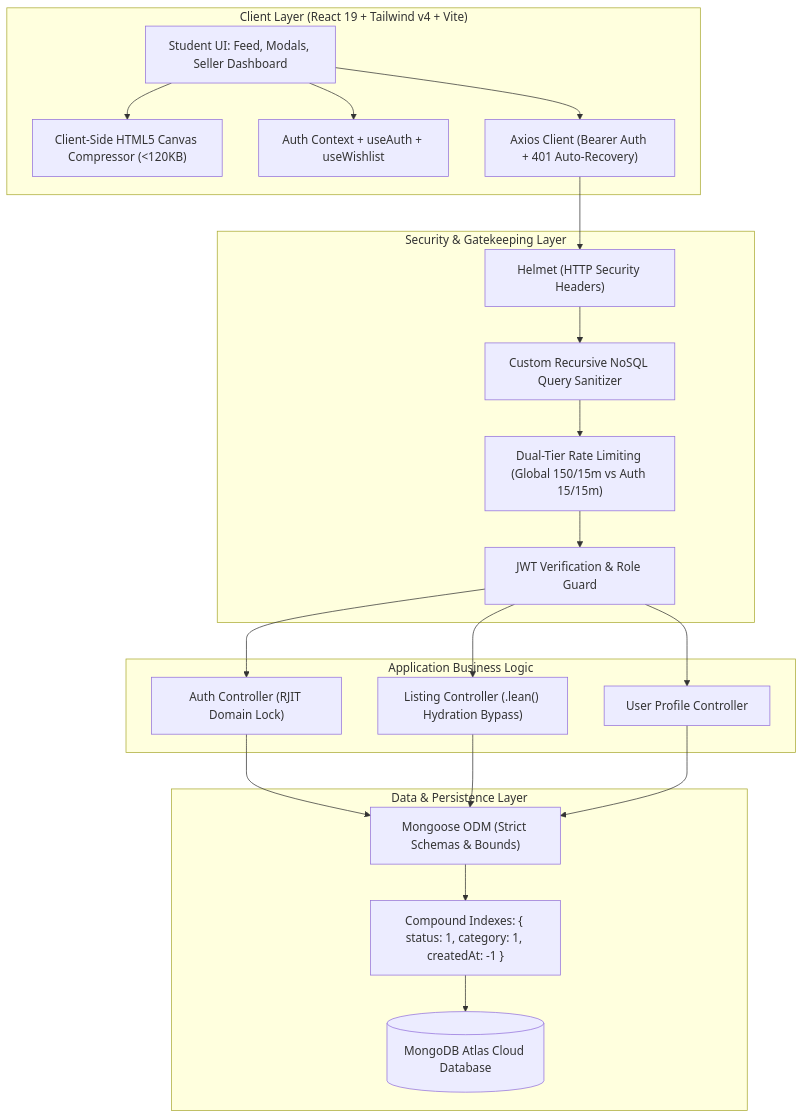
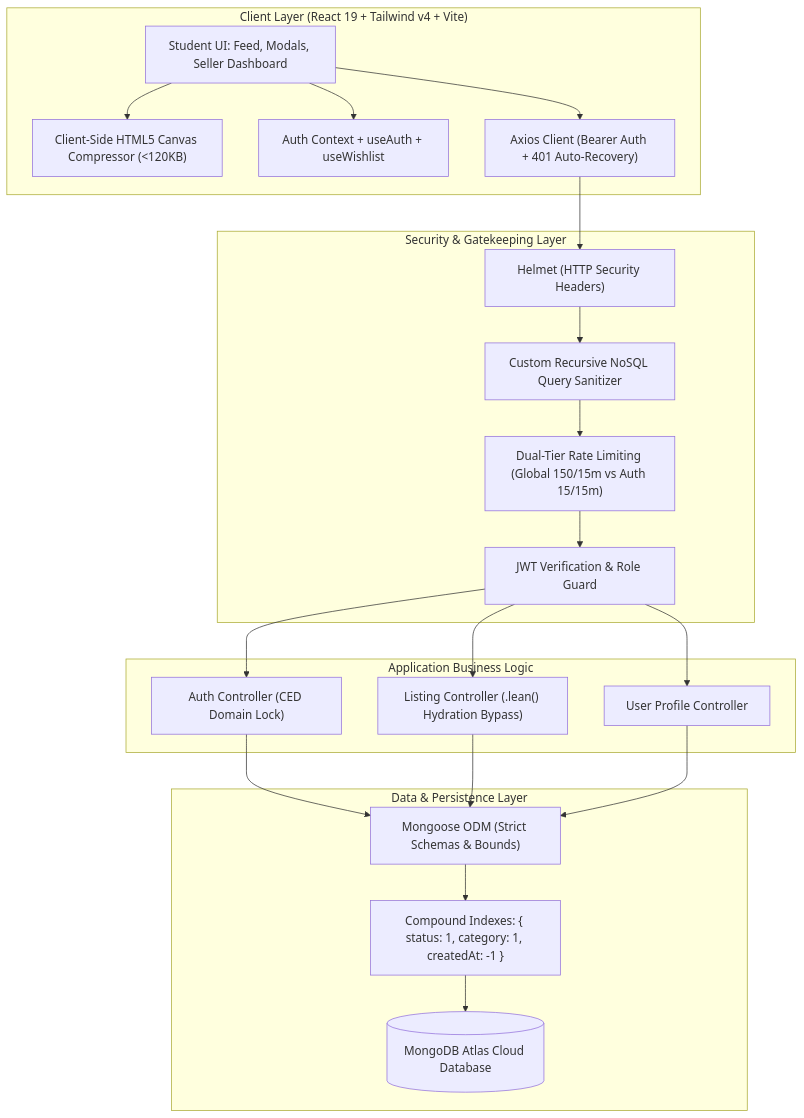
Before and after one commit to k4rtikx/Uni-store: the diagram in ARCHITECTURE.md, drawn with Mermaid. The commit also changed other lines of this file and 22 other files, not shown here.

Commit message:
rebrand: replace @rjit.ac.in with @ced.alliance.edu.in and RJIT with CED across all files

````diff
--- a/ARCHITECTURE.md
+++ b/ARCHITECTURE.md
@@ -9,44 +9,44 @@
 ```mermaid
 flowchart TD
     subgraph Client ["Client Layer (React 19 + Tailwind v4 + Vite)"]
         UI["Student UI: Feed, Modals, Seller Dashboard"]
         Compressor["Client-Side HTML5 Canvas Compressor (<120KB)"]
         State["Auth Context + useAuth + useWishlist"]
         Axios["Axios Client (Bearer Auth + 401 Auto-Recovery)"]
         UI --> Compressor
         UI --> State
         UI --> Axios
     end
 
     subgraph Security ["Security & Gatekeeping Layer"]
         Helmet["Helmet (HTTP Security Headers)"]
         Sanitizer["Custom Recursive NoSQL Query Sanitizer"]
         Limiter["Dual-Tier Rate Limiting (Global 150/15m vs Auth 15/15m)"]
         AuthGuard["JWT Verification & Role Guard"]
     end
 
     subgraph Controllers ["Application Business Logic"]
-        AuthCtrl["Auth Controller (RJIT Domain Lock)"]
+        AuthCtrl["Auth Controller (CED Domain Lock)"]
         ListingCtrl["Listing Controller (.lean() Hydration Bypass)"]
         UserCtrl["User Profile Controller"]
     end
 
     subgraph DataLayer ["Data & Persistence Layer"]
         Mongoose["Mongoose ODM (Strict Schemas & Bounds)"]
         Indexes["Compound Indexes: { status: 1, category: 1, createdAt: -1 }"]
         MongoDB[("MongoDB Atlas Cloud Database")]
     end
 
     Axios --> Helmet
     Helmet --> Sanitizer
     Sanitizer --> Limiter
     Limiter --> AuthGuard
     AuthGuard --> AuthCtrl
     AuthGuard --> ListingCtrl
     AuthGuard --> UserCtrl
     AuthCtrl --> Mongoose
     ListingCtrl --> Mongoose
     UserCtrl --> Mongoose
     Mongoose --> Indexes
     Indexes --> MongoDB
 ```
````
